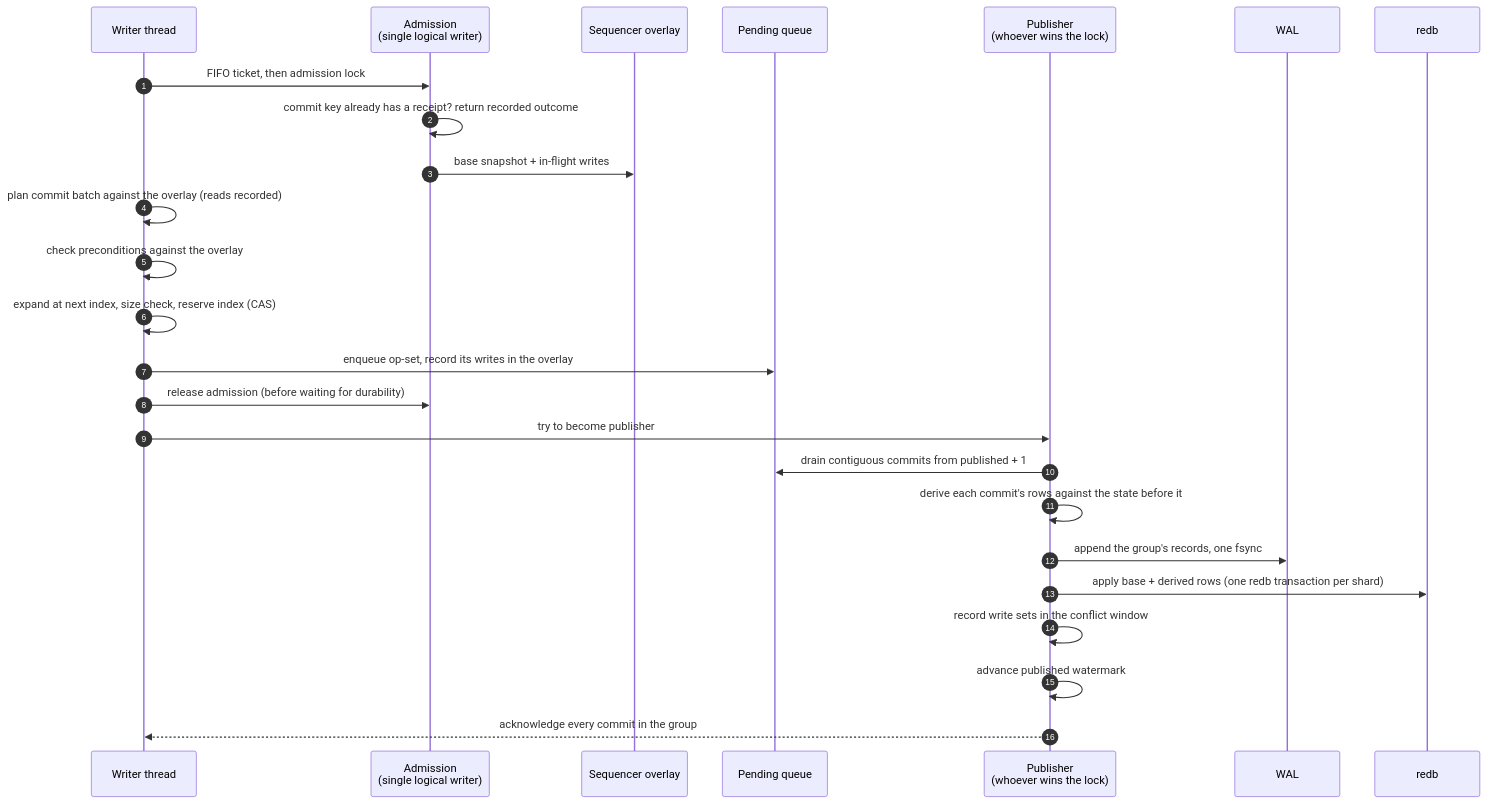
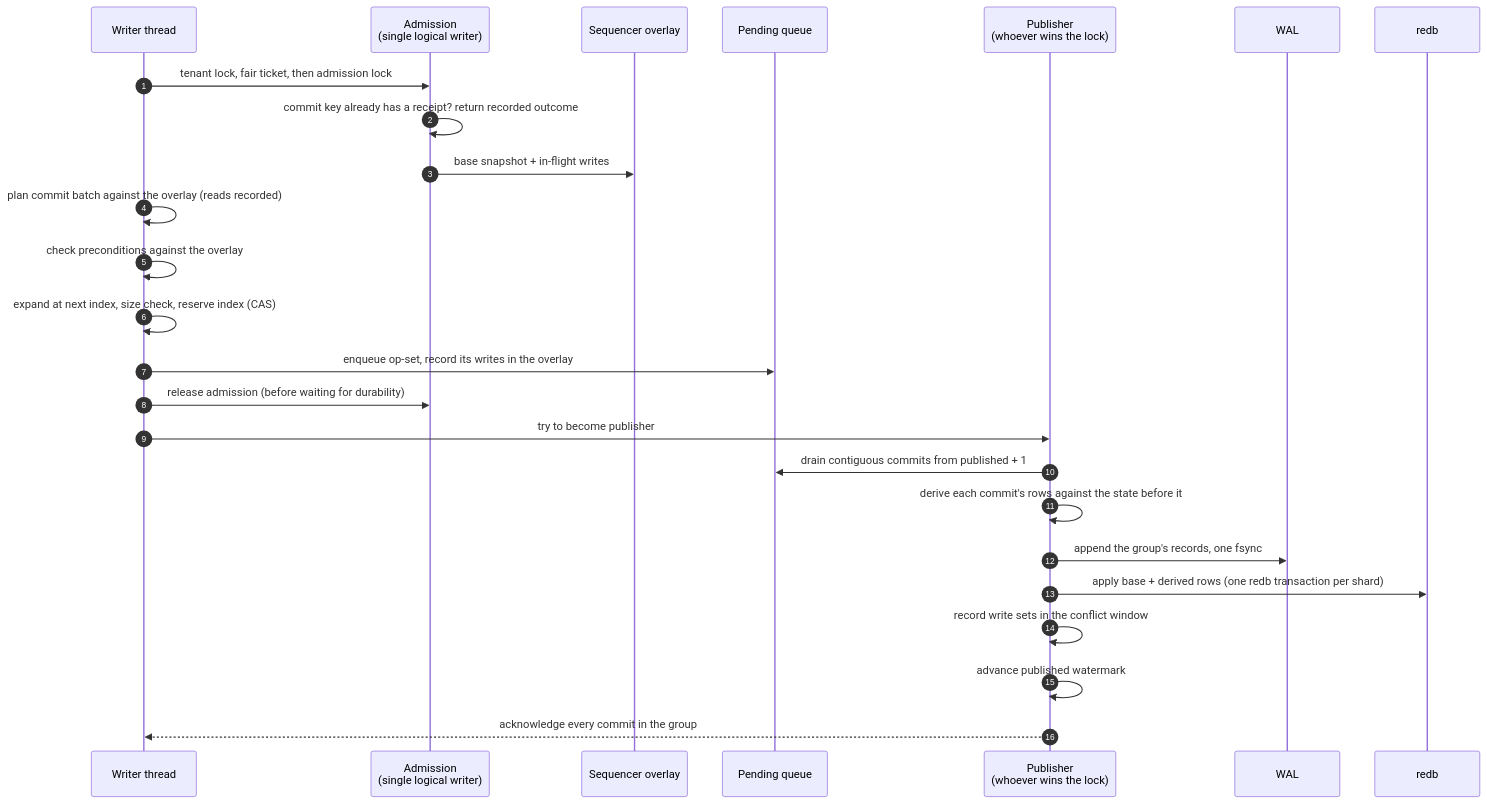
The first of 2 diagrams in docs/manual/architecture/write-path.md (rush-db/rushdb), drawn with Mermaid before and after one commit. The commit also changed other lines of this file and 25 other files, not shown here.

First line of the commit message:
fix: fair admission across tenants, parallel vector builds, cached index sets, two filter/ingest bugs

````diff
--- a/docs/manual/architecture/write-path.md
+++ b/docs/manual/architecture/write-path.md
@@ -23,28 +23,28 @@
 ```mermaid
 sequenceDiagram
     autonumber
     participant Wr as Writer thread
     participant Adm as Admission<br/>(single logical writer)
     participant Seq as Sequencer overlay
     participant Pend as Pending queue
     participant Pub as Publisher<br/>(whoever wins the lock)
     participant WAL as WAL
     participant DB as redb
 
-    Wr->>Adm: FIFO ticket, then admission lock
+    Wr->>Adm: tenant lock, fair ticket, then admission lock
     Adm->>Adm: commit key already has a receipt? return recorded outcome
     Adm->>Seq: base snapshot + in-flight writes
     Wr->>Wr: plan commit batch against the overlay (reads recorded)
     Wr->>Wr: check preconditions against the overlay
     Wr->>Wr: expand at next index, size check, reserve index (CAS)
     Wr->>Pend: enqueue op-set, record its writes in the overlay
     Wr->>Adm: release admission (before waiting for durability)
     Wr->>Pub: try to become publisher
     Pub->>Pend: drain contiguous commits from published + 1
     Pub->>Pub: derive each commit's rows against the state before it
     Pub->>WAL: append the group's records, one fsync
     Pub->>DB: apply base + derived rows (one redb transaction per shard)
     Pub->>Pub: record write sets in the conflict window
     Pub->>Pub: advance published watermark
     Pub-->>Wr: acknowledge every commit in the group
 ```
````
